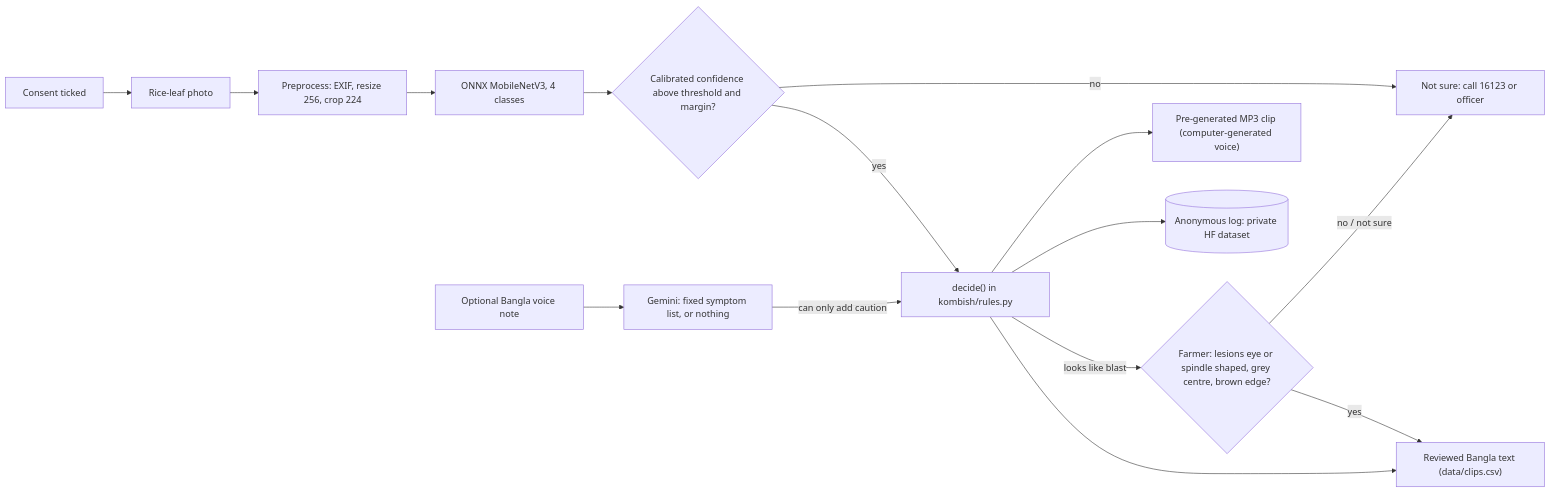
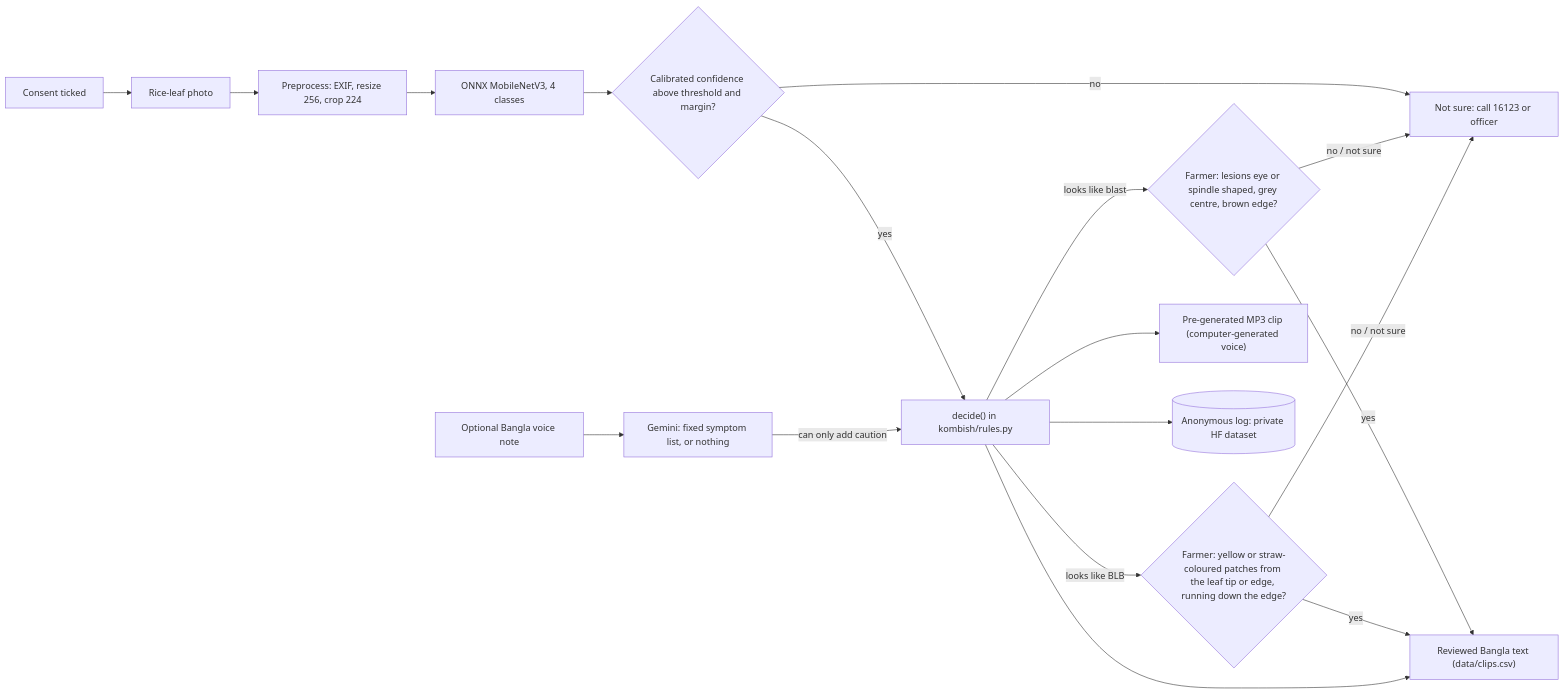
Before and after one commit to Raiyan465-F1/kom-bish: the diagram in README.md, drawn with Mermaid. The commit also changed other lines of this file and 34 other files, not shown here.

````diff
--- a/README.md
+++ b/README.md
@@ -87,17 +90,20 @@
 ```mermaid
 flowchart LR
   A["Consent ticked"] --> B["Rice-leaf photo"]
   B --> C["Preprocess: EXIF, resize 256, crop 224"]
   C --> D["ONNX MobileNetV3, 4 classes"]
   D --> E{"Calibrated confidence above threshold and margin?"}
   E -- "no" --> R5["Not sure: call 16123 or officer"]
   E -- "yes" --> F["decide() in kombish/rules.py"]
   F -- "looks like blast" --> Q{"Farmer: lesions eye or spindle shaped, grey centre, brown edge?"}
   Q -- "no / not sure" --> R5
   Q -- "yes" --> H
+  F -- "looks like BLB" --> QB{"Farmer: yellow or straw-coloured patches from the leaf tip or edge, running down the edge?"}
+  QB -- "no / not sure" --> R5
+  QB -- "yes" --> H
   V["Optional Bangla voice note"] --> G["Gemini: fixed symptom list, or nothing"]
   G -- "can only add caution" --> F
   F --> H["Reviewed Bangla text (data/clips.csv)"]
   F --> I["Pre-generated MP3 clip (computer-generated voice)"]
   F --> L[("Anonymous log: private HF dataset")]
 ```
````
